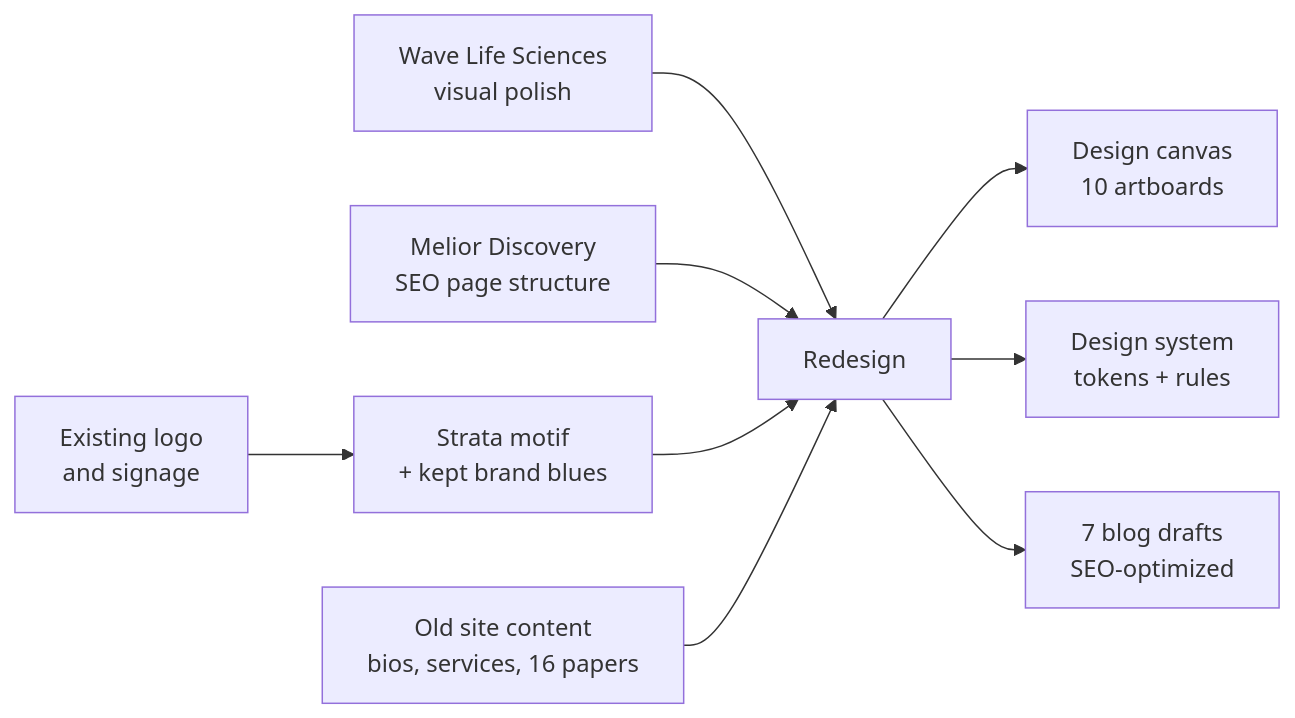
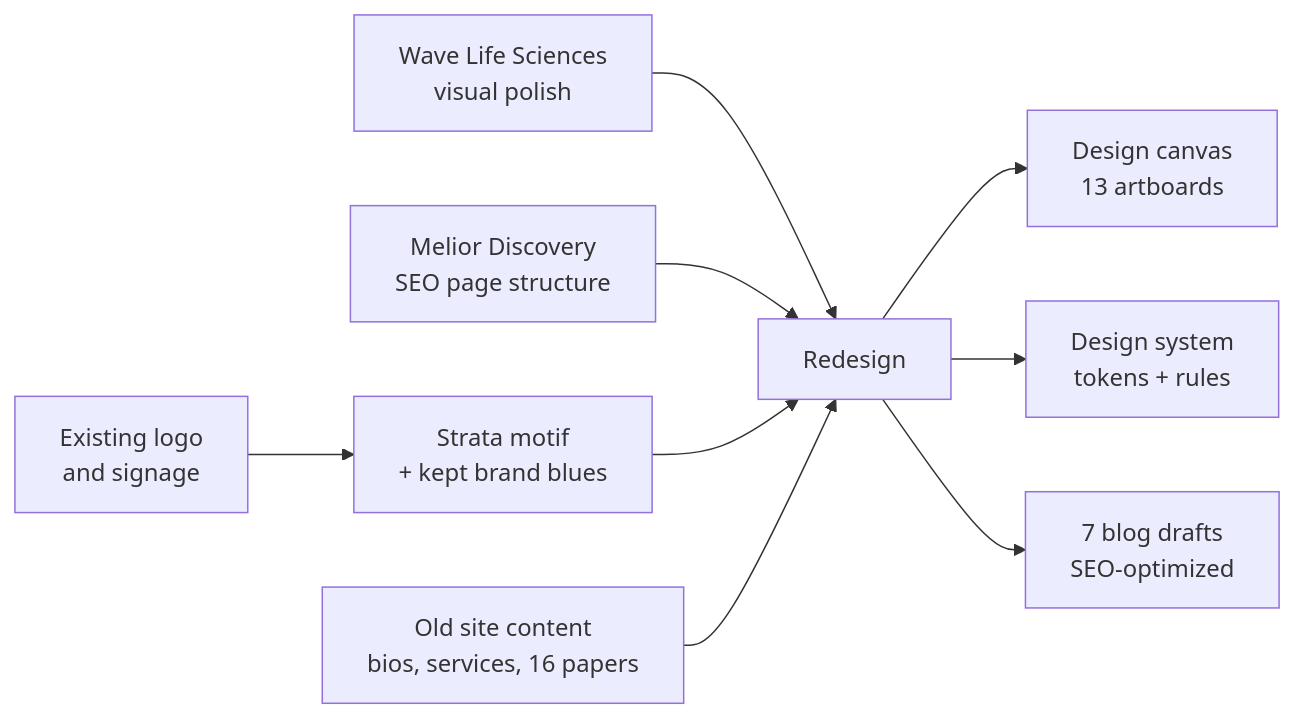
Before and after one commit to CptNope/Alpha-Preclinical: the first of 8 diagrams in README.md, drawn with Mermaid. The commit also changed other lines of this file and 32 other files, not shown here.

````diff
--- a/README.md
+++ b/README.md
@@ -48,11 +49,11 @@
 ```mermaid
 flowchart LR
     A["Existing logo<br/>and signage"] --> D["Strata motif<br/>+ kept brand blues"]
     B["Wave Life Sciences<br/>visual polish"] --> E["Redesign"]
     C["Melior Discovery<br/>SEO page structure"] --> E
     D --> E
     F["Old site content<br/>bios, services, 16 papers"] --> E
-    E --> G["Design canvas<br/>10 artboards"]
+    E --> G["Design canvas<br/>13 artboards"]
     E --> H["Design system<br/>tokens + rules"]
     E --> I["7 blog drafts<br/>SEO-optimized"]
 ```
````
